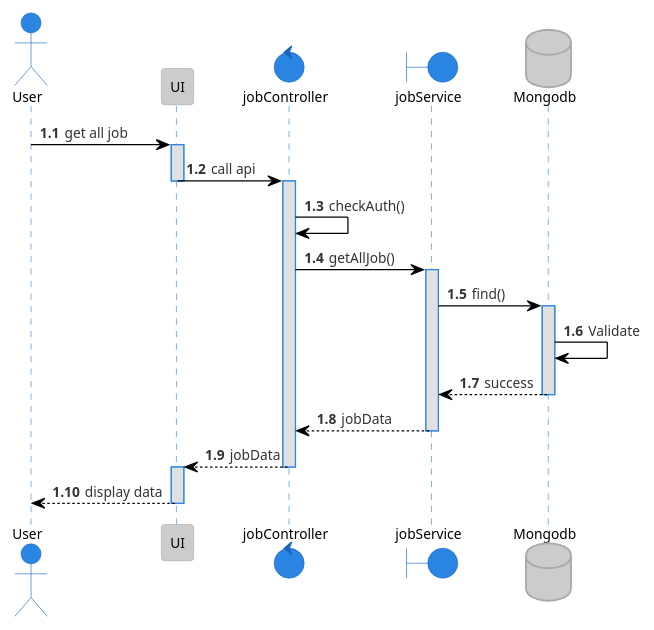
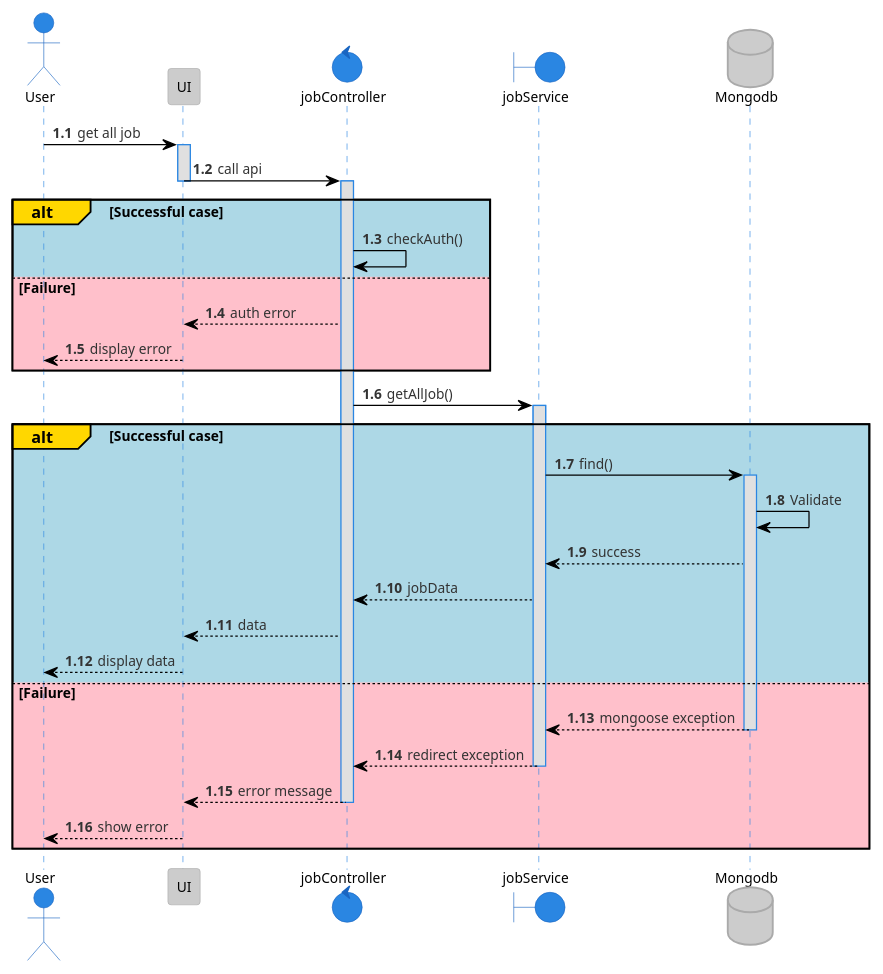
Before and after one commit to tuannm99/RMS: the diagram in plantuml/sequence/job/getAllJob.puml, drawn with PlantUML. The commit also changed 31 other files, not shown here.

Commit message:
update - final sequence

```diff
--- a/plantuml/sequence/job/getAllJob.puml
+++ b/plantuml/sequence/job/getAllJob.puml
@@ -1,33 +1,48 @@
 @startuml getAllJob
 !theme reddress-lightblue
 
 autonumber 1.1
 actor User
 participant UI
 control  jobController
 boundary jobService
 database Mongodb
 
 
 User -> UI: get all job
 activate UI
 UI -> jobController: call api
 deactivate UI
 activate jobController
-jobController -> jobController: checkAuth()
+
+alt#Gold #LightBlue Successful case
+    jobController -> jobController: checkAuth()
+else #Pink Failure
+    jobController --> UI: auth error
+    UI --> User: display error
+end
+
 jobController -> jobService: getAllJob()
-activate jobService
-jobService -> Mongodb: find()
-activate Mongodb
-Mongodb -> Mongodb: Validate
-Mongodb --> jobService: success
-deactivate Mongodb
-jobService --> jobController: jobData
-deactivate jobService
-jobController --> UI: jobData
-deactivate jobController
-activate UI
-UI --> User: display data
-deactivate UI
+
+alt#Gold #LightBlue Successful case
+    activate jobService
+    jobService -> Mongodb: find()
+    activate Mongodb
+    Mongodb -> Mongodb: Validate
+    Mongodb --> jobService: success
+    jobService --> jobController: jobData
+    jobController --> UI: data
+    UI --> User: display data
+else #Pink Failure
+    Mongodb --> jobService: mongoose exception
+    deactivate Mongodb
+    jobService --> jobController: redirect exception
+    deactivate jobService
+    jobController --> UI: error message
+    deactivate jobController
+    UI --> User: show error
+    deactivate UI
+end
+
 
 @enduml
```
